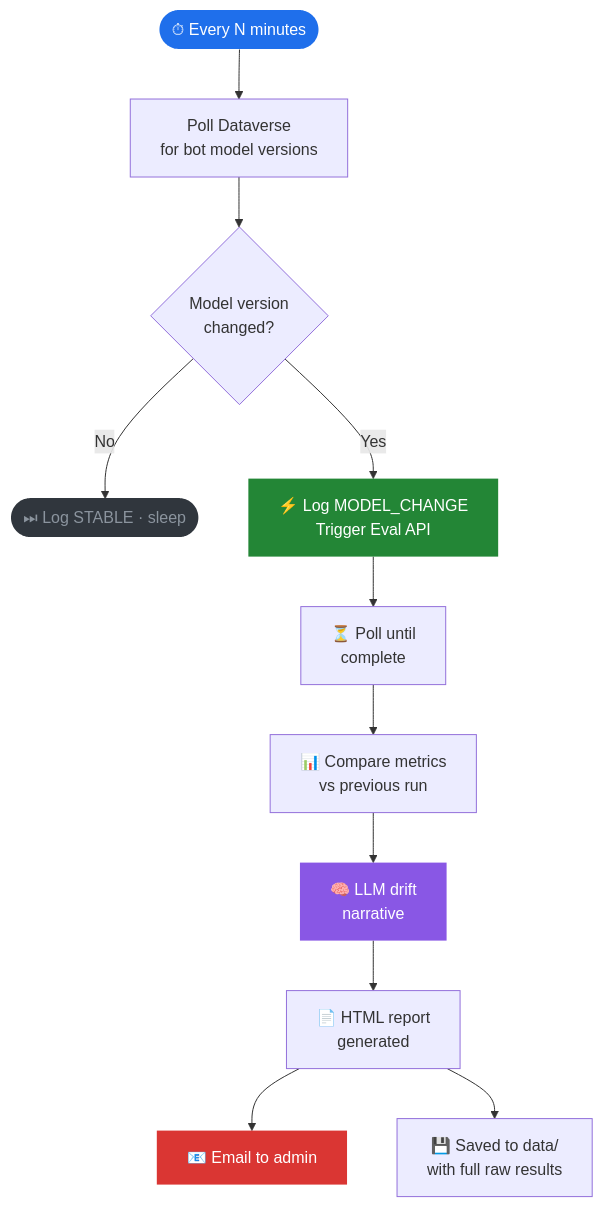
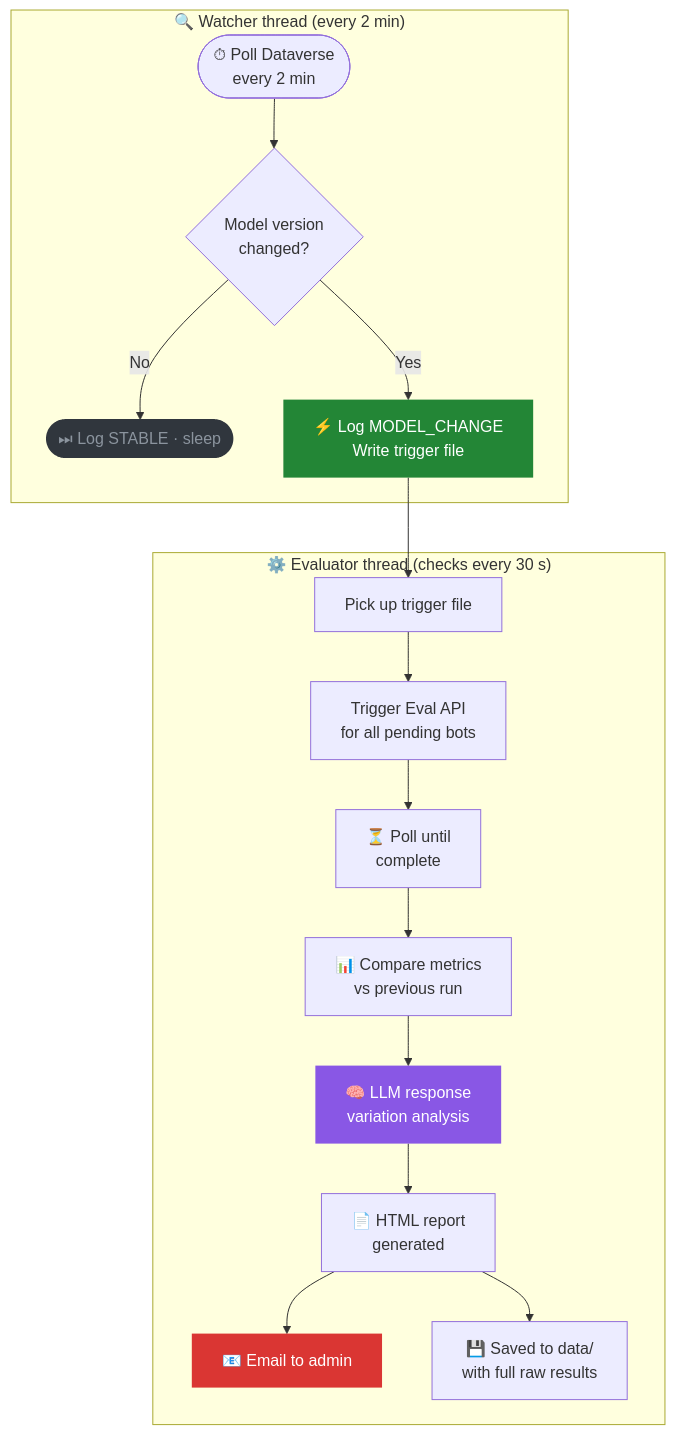
The diagram in README.md (kaul-vineet/LLMDriftTracker), drawn with Mermaid before and after one commit. The commit also changed other lines of this file and 20 other files, not shown here.

First line of the commit message:
Rebrand to VARION, multithreaded watcher/evaluator, concurrent evals, Force Eval lock files

````diff
--- a/README.md
+++ b/README.md
@@ -63,19 +65,24 @@
 ```mermaid
 flowchart TD
-    A([⏱ Every N minutes]) --> B[Poll Dataverse\nfor bot model versions]
-    B --> C{Model version\nchanged?}
-    C -- No --> D([⏭ Log STABLE · sleep])
-    C -- Yes --> E[⚡ Log MODEL_CHANGE\nTrigger Eval API]
-    E --> F[⏳ Poll until\ncomplete]
-    F --> G[📊 Compare metrics\nvs previous run]
-    G --> H[🧠 LLM drift\nnarrative]
-    H --> I[📄 HTML report\ngenerated]
-    I --> J[📧 Email to admin]
-    I --> K[💾 Saved to data/\nwith full raw results]
+    subgraph W ["🔍 Watcher thread  (every 2 min)"]
+        A([⏱ Poll Dataverse\nevery 2 min]) --> B{Model version\nchanged?}
+        B -- No --> C([⏭ Log STABLE · sleep])
+        B -- Yes --> D[⚡ Log MODEL_CHANGE\nWrite trigger file]
+    end
 
-    style A fill:#1f6feb,color:#fff,stroke:none
-    style E fill:#238636,color:#fff,stroke:none
-    style H fill:#8957e5,color:#fff,stroke:none
-    style J fill:#da3633,color:#fff,stroke:none
-    style D fill:#30363d,color:#8b949e,stroke:none
+    subgraph E ["⚙️ Evaluator thread  (checks every 30 s)"]
+        D --> F[Pick up trigger file]
+        F --> G[Trigger Eval API\nfor all pending bots]
+        G --> H[⏳ Poll until\ncomplete]
+        H --> I[📊 Compare metrics\nvs previous run]
+        I --> J[🧠 LLM response\nvariation analysis]
+        J --> K[📄 HTML report\ngenerated]
+        K --> L[📧 Email to admin]
+        K --> M[💾 Saved to data/\nwith full raw results]
+    end
+
+    style D fill:#238636,color:#fff,stroke:none
+    style J fill:#8957e5,color:#fff,stroke:none
+    style L fill:#da3633,color:#fff,stroke:none
+    style C fill:#30363d,color:#8b949e,stroke:none
 ```
````
